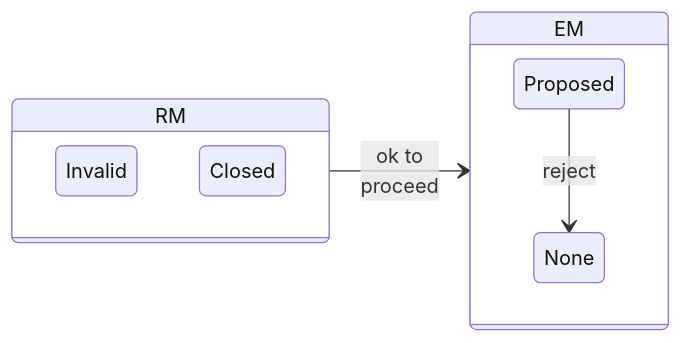
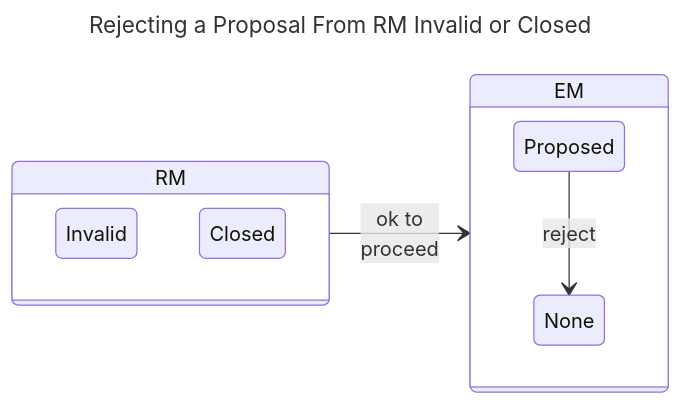
Before and after one commit to CERTCC/Vultron: the ninth of 11 diagrams in docs/topics/process_models/model_interactions/rm_em.md, drawn with Mermaid. The commit also changed other lines of this file and 44 other files, not shown here.

````diff
--- a/docs/topics/process_models/model_interactions/rm_em.md
+++ b/docs/topics/process_models/model_interactions/rm_em.md
@@ -245,12 +264,15 @@
 ```mermaid
+---
+title: Rejecting a Proposal From RM Invalid or Closed
+---
 stateDiagram-v2
     direction LR
     state RM {
         Invalid
         Closed
     }
     state EM {
         Proposed --> None : reject
     }
     RM --> EM : ok to<br/>proceed
 ```
````
